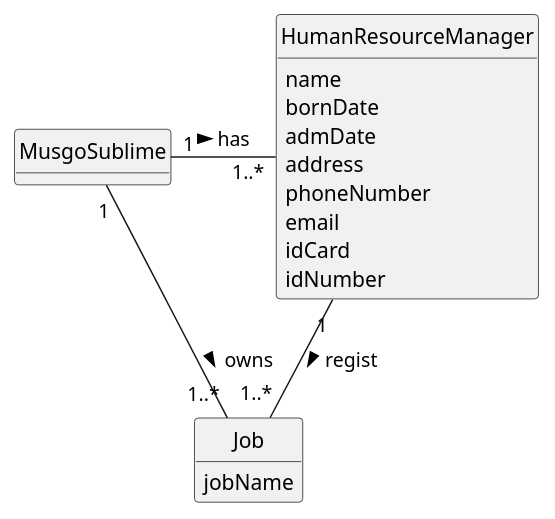
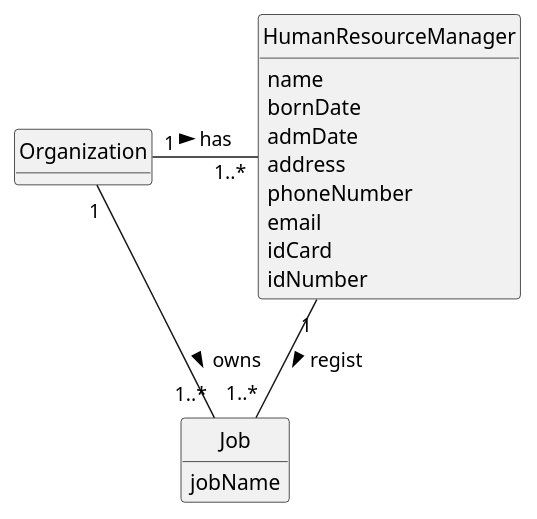
Before and after one commit to 1231360-ISEP/lei-24-s2-1db-g021: the diagram in docs/sprintA/us002/02.analysis/puml/us002-domain-model.puml, drawn with PlantUML. The commit also changed 7 other files, not shown here.

```diff
--- a/docs/sprintA/us002/02.analysis/puml/us002-domain-model.puml
+++ b/docs/sprintA/us002/02.analysis/puml/us002-domain-model.puml
@@ -1,32 +1,32 @@
 @startuml
 skinparam monochrome true
 skinparam packageStyle rectangle
 skinparam shadowing false
 
 skinparam classAttributeIconSize 0
 
 hide circle
 hide methods
 
-class MusgoSublime {
+class Organization {
 }
 
 class HumanResourceManager {
     name
     bornDate
     admDate
     address
     phoneNumber
     email
     idCard
     idNumber
 }
 
 class Job {
     jobName
 }
 
-MusgoSublime "1" - "1..*" HumanResourceManager: has >
+Organization "1" - "1..*" HumanResourceManager: has >
 HumanResourceManager "1" -- "1..*" Job : regist >
-MusgoSublime "1" - "1..*" Job: owns >
+Organization "1" - "1..*" Job: owns >
 @enduml
```
